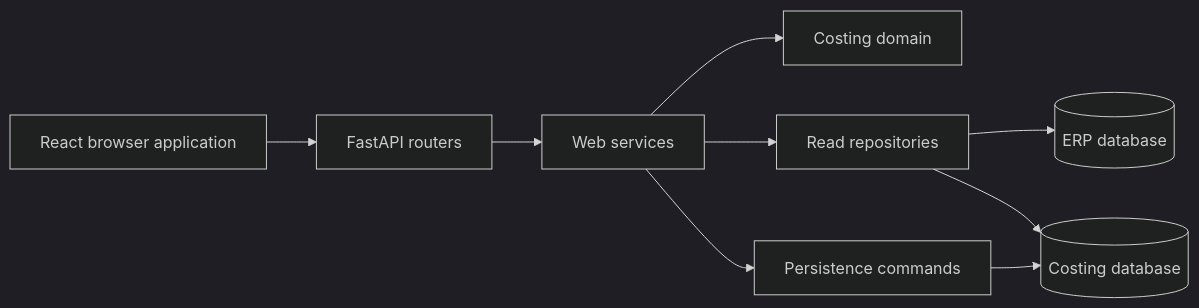
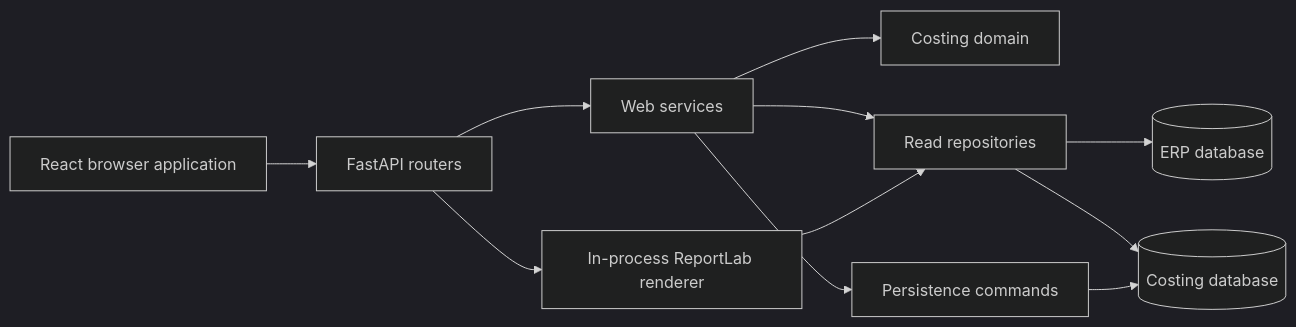
One commit to csolomonson/Meziere-Cost-Calculator changed the diagram in cost_calculator/docs/ARCHITECTURE.md. Above: the diagram before and after it, drawn with Mermaid (dark theme). The commit also changed other lines of this file and 53 other files, not shown here.

Commit message:
Migrate deployment to Ubuntu and ReportLab

````diff
--- a/cost_calculator/docs/ARCHITECTURE.md
+++ b/cost_calculator/docs/ARCHITECTURE.md
@@ -9,11 +9,13 @@
 ```mermaid
 flowchart LR
     Browser["React browser application"] --> API["FastAPI routers"]
     API --> Services["Web services"]
     Services --> Costing["Costing domain"]
     Services --> Repositories["Read repositories"]
     Services --> Persistence["Persistence commands"]
+    API --> Renderer["In-process ReportLab renderer"]
     Repositories --> ERP[("ERP database")]
     Repositories --> AppDB[("Costing database")]
     Persistence --> AppDB
+    Renderer --> Repositories
 ```
````
